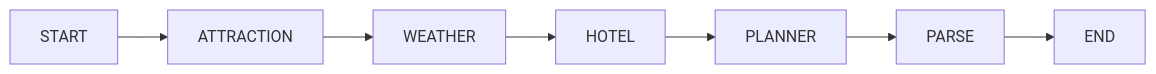
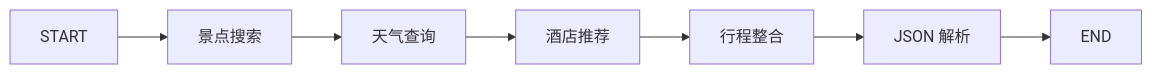
One commit to sanhuaz/Agent_study changed the second of 3 diagrams in 第十三章智能旅行助手-LangGraph重构要求.md. Above: the diagram before and after it, drawn with Mermaid. The commit also changed other lines of this file and 15 other files, not shown here.

````diff
--- a/第十三章智能旅行助手-LangGraph重构要求.md
+++ b/第十三章智能旅行助手-LangGraph重构要求.md
@@ -149,9 +86,9 @@
 ```mermaid
 flowchart LR
-    START --> ATTRACTION
-    ATTRACTION --> WEATHER
-    WEATHER --> HOTEL
-    HOTEL --> PLANNER
-    PLANNER --> PARSE
-    PARSE --> END
+    START --> Attraction[景点搜索]
+    Attraction --> Weather[天气查询]
+    Weather --> Hotel[酒店推荐]
+    Hotel --> Planner[行程整合]
+    Planner --> Parse[JSON 解析]
+    Parse --> END
 ```
````
